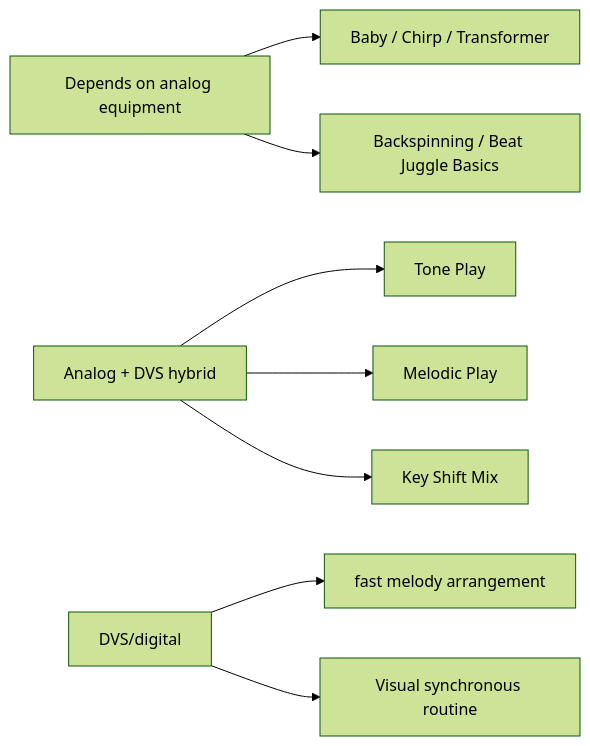
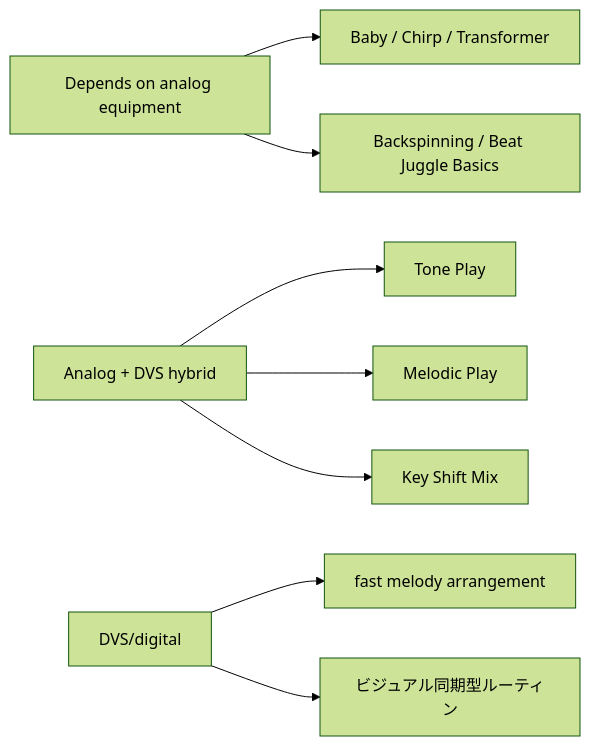
One commit to monumental-movement/monumental-movement.github.io changed the fifth of 9 diagrams in en/_posts/2025-11-23-column-dmc-world-dj-championship.md. Above: the diagram before and after it, drawn with Mermaid (forest theme). The commit also changed other lines of this file and 1012 other files, not shown here.

```diff
--- a/en/_posts/2025-11-23-column-dmc-world-dj-championship.md
+++ b/en/_posts/2025-11-23-column-dmc-world-dj-championship.md
@@ -321,12 +321,12 @@
 <div class="mermaid">
 flowchart LR
     A[Depends on analog equipment] --> A1[Baby / Chirp / Transformer]
     A --> A2[Backspinning / Beat Juggle Basics]
 
     B[Analog + DVS hybrid] --> B1[Tone Play]
     B --> B2[Melodic Play]
     B --> B3[Key Shift Mix]
 
     C[DVS/digital] --> C1[fast melody arrangement]
-    C --> C2[Visual synchronous routine]
+    C --> C2[ビジュアル同期型ルーティン]
 </div>
```
